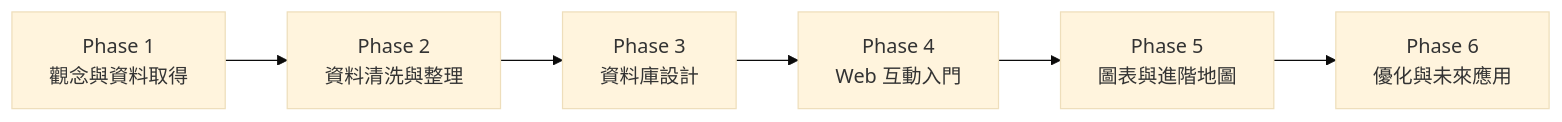
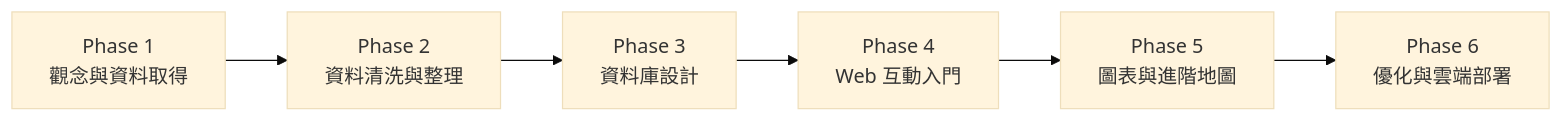
One commit to oscaryoyo/AIOTL3_CWA changed the second of 2 diagrams in README.md. Above: the diagram before and after it, drawn with Mermaid (base theme). The commit also changed other lines of this file, not shown here.

Commit message:
docs: update README with live Vercel URL, choropleth features, full architecture

````diff
--- a/README.md
+++ b/README.md
@@ -55,8 +261,8 @@
 ```mermaid
 flowchart LR
     A[Phase 1<br/>觀念與資料取得] --> B[Phase 2<br/>資料清洗與整理]
     B --> C[Phase 3<br/>資料庫設計]
     C --> D[Phase 4<br/>Web 互動入門]
     D --> E[Phase 5<br/>圖表與進階地圖]
-    E --> F[Phase 6<br/>優化與未來應用]
+    E --> F[Phase 6<br/>優化與雲端部署]
 ```
````
